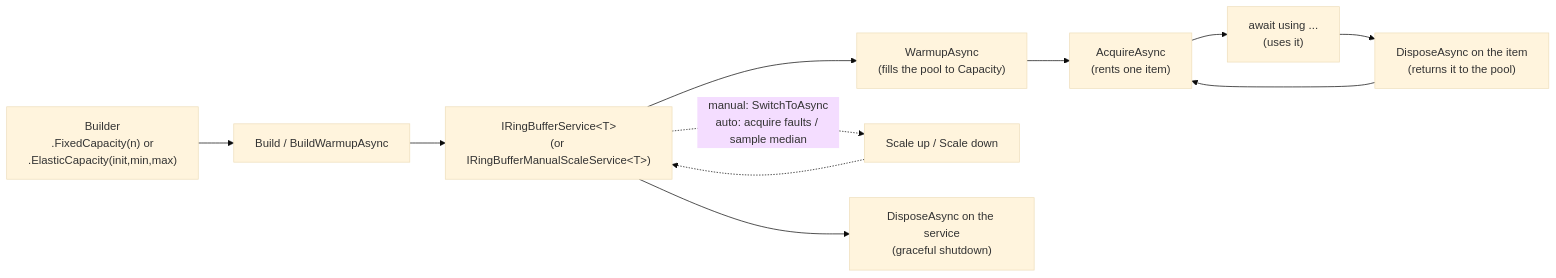
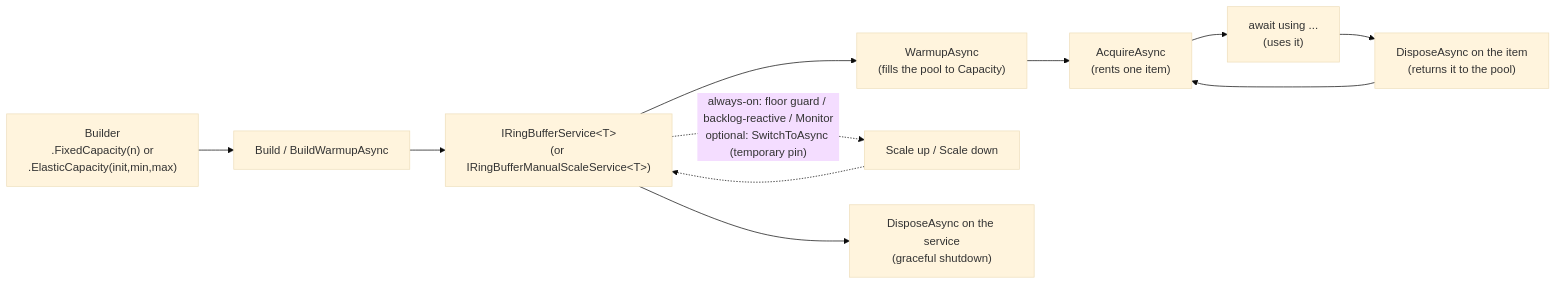
The diagram in doc/guides/concepts.md (FRACerqueira/RingBufferPlus), drawn with Mermaid (base theme) before and after one commit. The commit also changed other lines of this file and 55 other files, not shown here.

````diff
--- a/doc/guides/concepts.md
+++ b/doc/guides/concepts.md
@@ -36,13 +36,13 @@
 ```mermaid
 flowchart LR
     A["Builder<br/>.FixedCapacity(n) or<br/>.ElasticCapacity(init,min,max)"] --> B["Build / BuildWarmupAsync"]
     B --> C["IRingBufferService&lt;T&gt;<br/>(or IRingBufferManualScaleService&lt;T&gt;)"]
     C --> D["WarmupAsync<br/>(fills the pool to Capacity)"]
     D --> E["AcquireAsync<br/>(rents one item)"]
     E --> F["await using ...<br/>(uses it)"]
     F --> G["DisposeAsync on the item<br/>(returns it to the pool)"]
     G --> E
-    C -.->|"manual: SwitchToAsync<br/>auto: acquire faults / sample median"| H["Scale up / Scale down"]
+    C -.->|"always-on: floor guard / backlog-reactive / Monitor<br/>optional: SwitchToAsync (temporary pin)"| H["Scale up / Scale down"]
     H -.-> C
     C --> I["DisposeAsync on the service<br/>(graceful shutdown)"]
 ```
````
